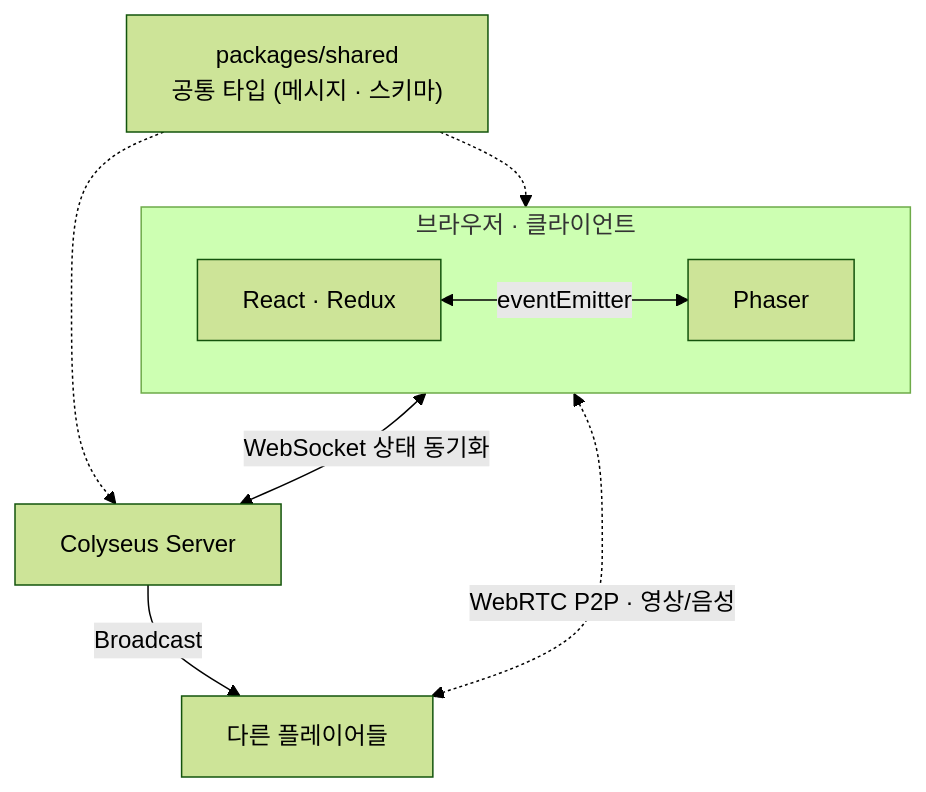
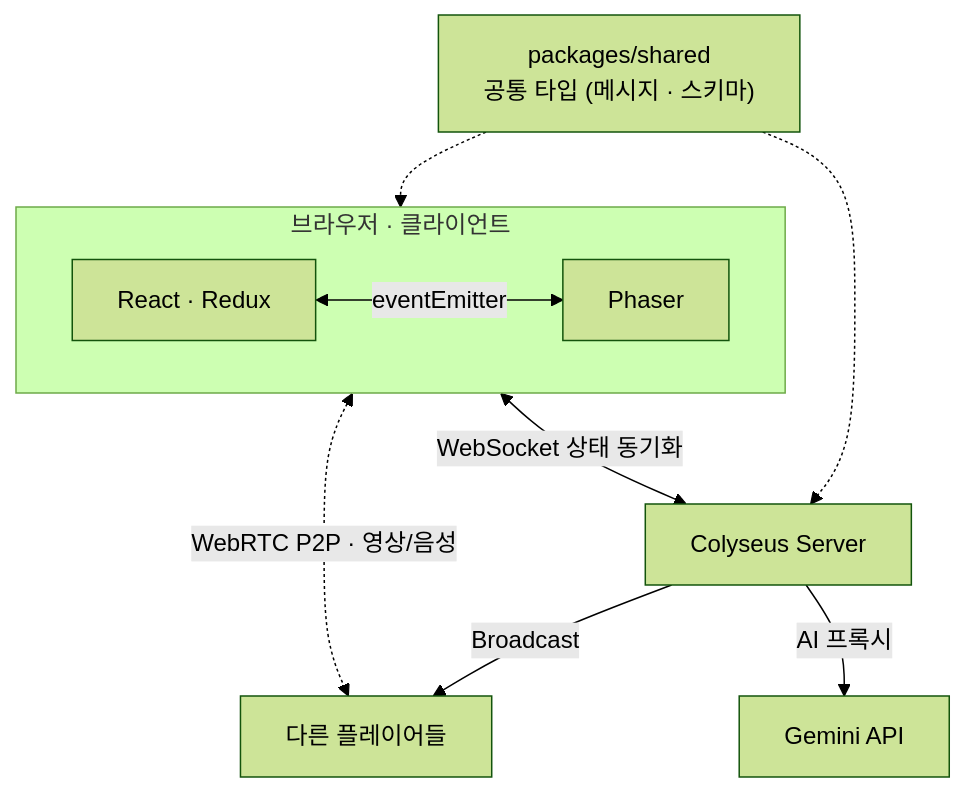
One commit to Heonys/heoniverse changed the diagram in README.md. Above: the diagram before and after it, drawn with Mermaid (forest theme). The commit also changed other lines of this file and 2 other files, not shown here.

````diff
--- a/README.md
+++ b/README.md
@@ -87,20 +90,22 @@
 ```mermaid
 flowchart TB
     shared["packages/shared<br/>공통 타입 (메시지 · 스키마)"]
 
     subgraph client ["브라우저 · 클라이언트"]
         direction LR
         React["React · Redux"]
         Phaser["Phaser"]
         React <-->|eventEmitter | Phaser
     end
 
     server["Colyseus Server"]
     peers["다른 플레이어들"]
+    gemini["Gemini API"]
 
     Phaser <-->|WebSocket 상태 동기화| server
     server -->|Broadcast| peers
+    server -->|AI 프록시| gemini
     client <-.->|WebRTC P2P · 영상/음성| peers
     shared -.-> client
     shared -.-> server
 ```
````
